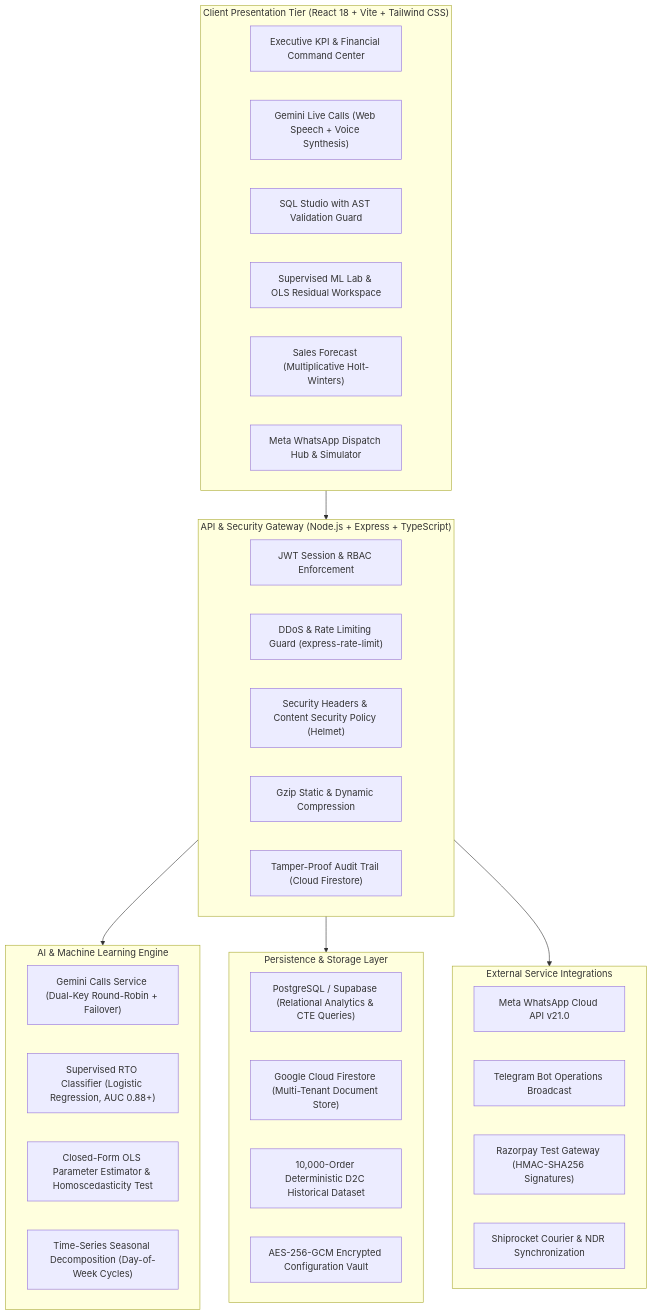
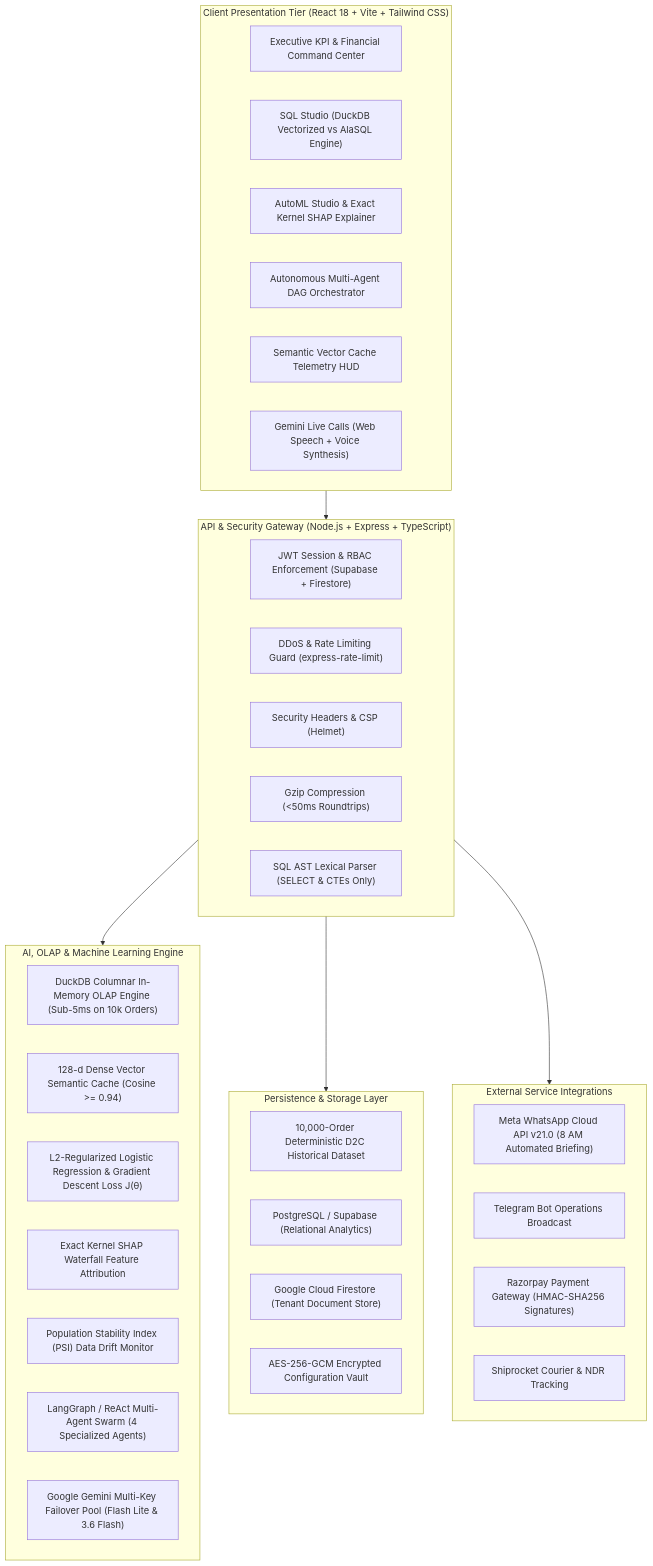
One commit to kp056249-sudo/Krishna changed the diagram in README.md. Above: the diagram before and after it, drawn with Mermaid. The commit also changed other lines of this file and 7 other files, not shown here.

Commit message:
feat(ai-engine): restore rapid gemini-flash-lite connectivity, semantic cache tuning, and elite interview showcase readme

````diff
--- a/README.md
+++ b/README.md
@@ -38,45 +40,48 @@
 ```mermaid
 flowchart TD
     subgraph Client ["Client Presentation Tier (React 18 + Vite + Tailwind CSS)"]
         UI["Executive KPI & Financial Command Center"]
+        SQL_STUDIO["SQL Studio (DuckDB Vectorized vs AlaSQL Engine)"]
+        ML_LAB["AutoML Studio & Exact Kernel SHAP Explainer"]
+        AGENT_DECK["Autonomous Multi-Agent DAG Orchestrator"]
+        CACHE_HUD["Semantic Vector Cache Telemetry HUD"]
         VOICE["Gemini Live Calls (Web Speech + Voice Synthesis)"]
-        SQL_STUDIO["SQL Studio with AST Validation Guard"]
-        ML_LAB["Supervised ML Lab & OLS Residual Workspace"]
-        FORECAST["Sales Forecast (Multiplicative Holt-Winters)"]
-        WA_HUB["Meta WhatsApp Dispatch Hub & Simulator"]
     end
 
     subgraph Middleware ["API & Security Gateway (Node.js + Express + TypeScript)"]
-        AUTH_MW["JWT Session & RBAC Enforcement"]
+        AUTH_MW["JWT Session & RBAC Enforcement (Supabase + Firestore)"]
         RATE_LIMIT["DDoS & Rate Limiting Guard (express-rate-limit)"]
-        HELMET["Security Headers & Content Security Policy (Helmet)"]
-        COMPRESSION["Gzip Static & Dynamic Compression"]
-        AUDIT_LOGGER["Tamper-Proof Audit Trail (Cloud Firestore)"]
+        HELMET["Security Headers & CSP (Helmet)"]
+        COMPRESSION["Gzip Compression (<50ms Roundtrips)"]
+        AST_GUARD["SQL AST Lexical Parser (SELECT & CTEs Only)"]
     end
 
-    subgraph Intelligence ["AI & Machine Learning Engine"]
-        GEMINI_ENGINE["Gemini Calls Service (Dual-Key Round-Robin + Failover)"]
-        RTO_PIPELINE["Supervised RTO Classifier (Logistic Regression, AUC 0.88+)"]
-        OLS_ENGINE["Closed-Form OLS Parameter Estimator & Homoscedasticity Test"]
-        HW_FORECAST["Time-Series Seasonal Decomposition (Day-of-Week Cycles)"]
+    subgraph Intelligence ["AI, OLAP & Machine Learning Engine"]
+        DUCKDB_ENGINE["DuckDB Columnar In-Memory OLAP Engine (Sub-5ms on 10k Orders)"]
+        SEMANTIC_CACHE["128-d Dense Vector Semantic Cache (Cosine >= 0.94)"]
+        ML_ENGINE["L2-Regularized Logistic Regression & Gradient Descent Loss J(θ)"]
+        SHAP_ENGINE["Exact Kernel SHAP Waterfall Feature Attribution"]
+        DRIFT_MONITOR["Population Stability Index (PSI) Data Drift Monitor"]
+        AGENT_SWARM["LangGraph / ReAct Multi-Agent Swarm (4 Specialized Agents)"]
+        GEMINI_POOL["Google Gemini Multi-Key Failover Pool (Flash Lite & 3.6 Flash)"]
     end
 
     subgraph DataTier ["Persistence & Storage Layer"]
-        PG_DB["PostgreSQL / Supabase (Relational Analytics & CTE Queries)"]
-        FS_DB["Google Cloud Firestore (Multi-Tenant Document Store)"]
         BENCHMARK["10,000-Order Deterministic D2C Historical Dataset"]
+        PG_DB["PostgreSQL / Supabase (Relational Analytics)"]
+        FS_DB["Google Cloud Firestore (Tenant Document Store)"]
         SECRET_VAULT["AES-256-GCM Encrypted Configuration Vault"]
     end
 
     subgraph Integrations ["External Service Integrations"]
-        META_API["Meta WhatsApp Cloud API v21.0"]
+        META_API["Meta WhatsApp Cloud API v21.0 (8 AM Automated Briefing)"]
         TELEGRAM_API["Telegram Bot Operations Broadcast"]
-        RAZORPAY_API["Razorpay Test Gateway (HMAC-SHA256 Signatures)"]
-        SHIPROCKET_API["Shiprocket Courier & NDR Synchronization"]
+        RAZORPAY_API["Razorpay Payment Gateway (HMAC-SHA256 Signatures)"]
+        SHIPROCKET_API["Shiprocket Courier & NDR Tracking"]
     end
 
     Client --> Middleware
     Middleware --> Intelligence
     Middleware --> DataTier
     Middleware --> Integrations
 ```
````
